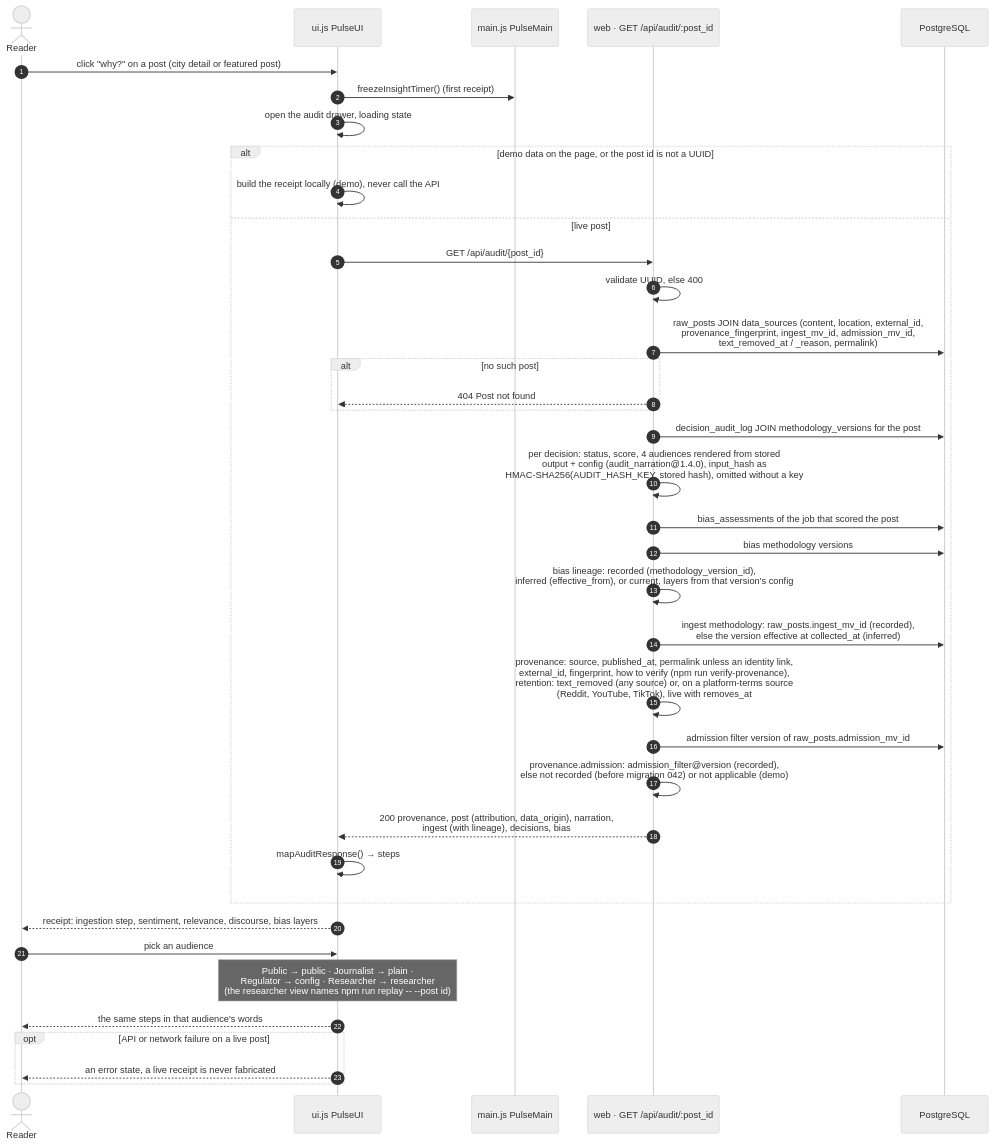
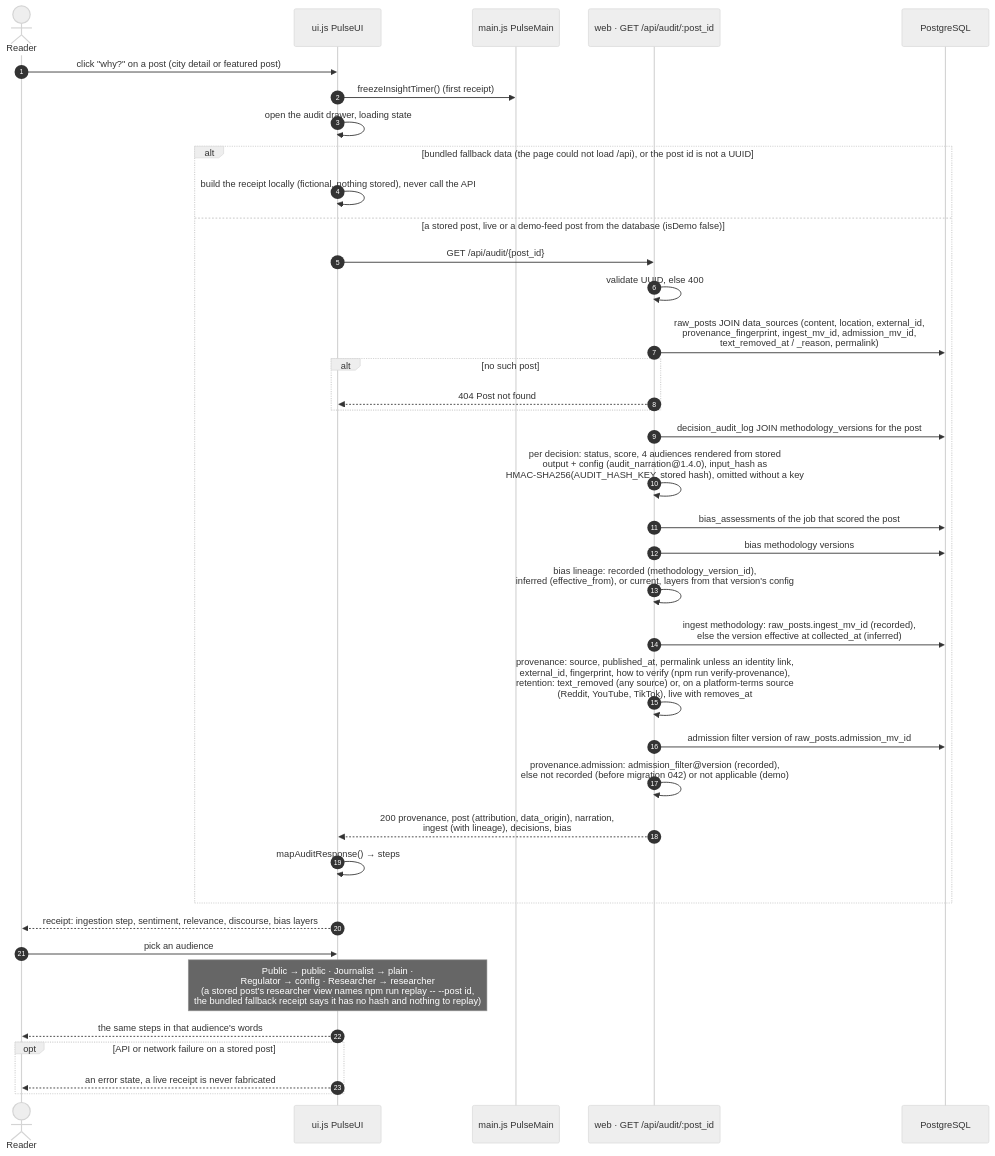
Before and after one commit to jennifer-mckinney/pulse-of-ai: the diagram in docs/diagrams/sequences/audit-receipt.mmd, drawn with Mermaid (neutral theme). The commit also changed 10 other files, not shown here.

First line of the commit message:
Docs: demo embeddings depend on the service; fallback receipts only skip the API

```diff
--- a/docs/diagrams/sequences/audit-receipt.mmd
+++ b/docs/diagrams/sequences/audit-receipt.mmd
@@ -1,43 +1,43 @@
 %% Title: Sequence · the "why?" audit receipt
 %% Summary: What happens when a reader opens a post's receipt: the drawer request, the queries behind GET /api/audit/:post_id, the provenance and lineage it adds, and the four audience views the drawer switches between.
-%% Sources: public/js/ui.js (openAudit, mapAuditResponse, AUDIENCES), src/routes/audit.js, src/config/{audit-narration,bias-lineage,bias-vocabulary,source-registry,data-mode}.js, src/collectors/retention.js (retentionStatus), src/db/migrations/042_admission_filter.sql. Updated 2026-09-30. Spec: TECHNICAL_SPEC.md sections 7 (GET /api/audit/:post_id), 8 (provenance), 10 (explainability chain, audiences).
+%% Sources: public/js/ui.js (openAudit, mapAuditResponse, AUDIENCES), src/routes/audit.js, src/config/{audit-narration,bias-lineage,bias-vocabulary,source-registry,data-mode}.js, src/collectors/retention.js (retentionStatus), src/db/migrations/042_admission_filter.sql. Updated 2026-10-01. Spec: TECHNICAL_SPEC.md sections 7 (GET /api/audit/:post_id), 8 (provenance), 10 (explainability chain, audiences).
 sequenceDiagram
   autonumber
   actor Reader
   participant UI as ui.js PulseUI
   participant Main as main.js PulseMain
   participant API as web · GET /api/audit/:post_id
   participant DB as PostgreSQL
 
   Reader->>UI: click "why?" on a post (city detail or featured post)
   UI->>Main: freezeInsightTimer() (first receipt)
   UI->>UI: open the audit drawer, loading state
-  alt demo data on the page, or the post id is not a UUID
-    UI->>UI: build the receipt locally (demo), never call the API
-  else live post
+  alt bundled fallback data (the page could not load /api), or the post id is not a UUID
+    UI->>UI: build the receipt locally (fictional, nothing stored), never call the API
+  else a stored post, live or a demo-feed post from the database (isDemo false)
     UI->>API: GET /api/audit/{post_id}
     API->>API: validate UUID, else 400
     API->>DB: raw_posts JOIN data_sources (content, location, external_id,<br/>provenance_fingerprint, ingest_mv_id, admission_mv_id,<br/>text_removed_at / _reason, permalink)
     alt no such post
       API-->>UI: 404 Post not found
     end
     API->>DB: decision_audit_log JOIN methodology_versions for the post
     API->>API: per decision: status, score, 4 audiences rendered from stored<br/>output + config (audit_narration@1.4.0), input_hash as<br/>HMAC-SHA256(AUDIT_HASH_KEY, stored hash), omitted without a key
     API->>DB: bias_assessments of the job that scored the post
     API->>DB: bias methodology versions
     API->>API: bias lineage: recorded (methodology_version_id),<br/>inferred (effective_from), or current, layers from that version's config
     API->>DB: ingest methodology: raw_posts.ingest_mv_id (recorded),<br/>else the version effective at collected_at (inferred)
     API->>API: provenance: source, published_at, permalink unless an identity link,<br/>external_id, fingerprint, how to verify (npm run verify-provenance),<br/>retention: text_removed (any source) or, on a platform-terms source<br/>(Reddit, YouTube, TikTok), live with removes_at
     API->>DB: admission filter version of raw_posts.admission_mv_id
     API->>API: provenance.admission: admission_filter@version (recorded),<br/>else not recorded (before migration 042) or not applicable (demo)
     API-->>UI: 200 provenance, post (attribution, data_origin), narration,<br/>ingest (with lineage), decisions, bias
     UI->>UI: mapAuditResponse() → steps
   end
   UI-->>Reader: receipt: ingestion step, sentiment, relevance, discourse, bias layers
 
   Reader->>UI: pick an audience
-  Note over UI: Public → public · Journalist → plain ·<br/>Regulator → config · Researcher → researcher<br/>(the researcher view names npm run replay -- --post id)
+  Note over UI: Public → public · Journalist → plain ·<br/>Regulator → config · Researcher → researcher<br/>(a stored post's researcher view names npm run replay -- --post id,<br/>the bundled fallback receipt says it has no hash and nothing to replay)
   UI-->>Reader: the same steps in that audience's words
-  opt API or network failure on a live post
+  opt API or network failure on a stored post
     UI-->>Reader: an error state, a live receipt is never fabricated
   end
```
